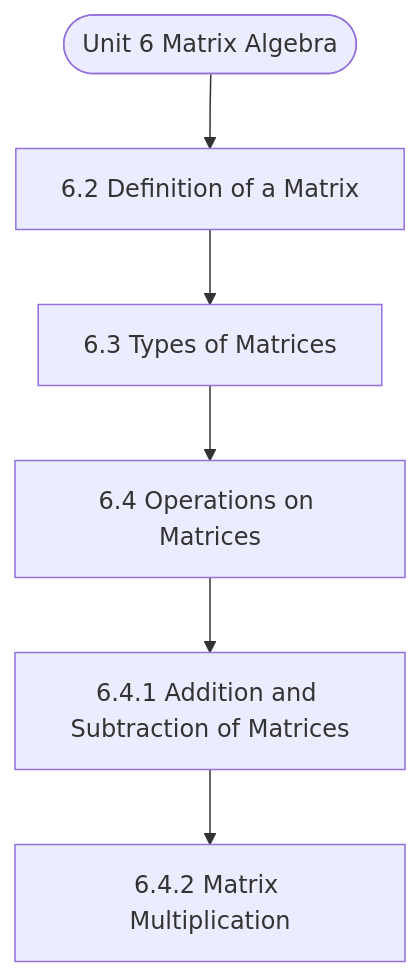
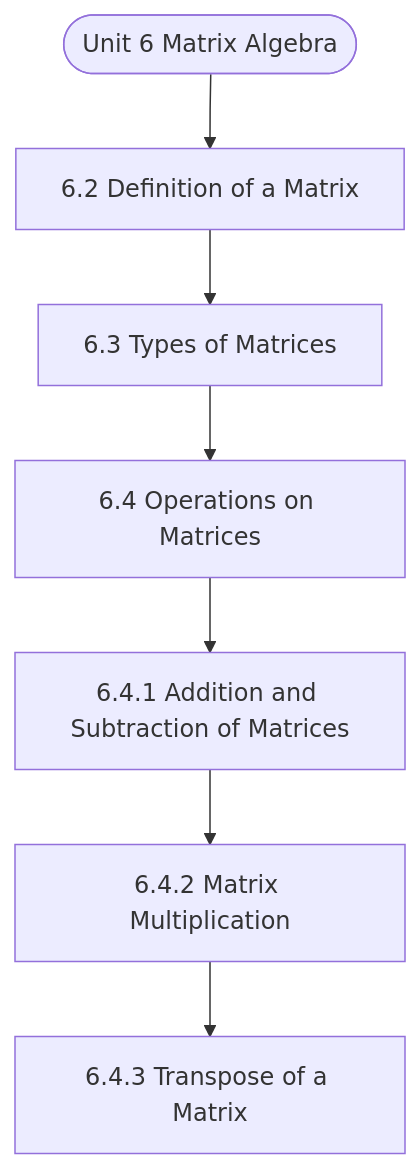
Before and after one commit to Asutosh-Coaching/mscdsa: the diagram in notes/Semester_1/MCS-061_Mathematical_Foundations_-_I/unit_06_Matrix_Algebra.md, drawn with Mermaid. The commit also changed other lines of this file and 116 other files, not shown here.

````diff
--- a/notes/Semester_1/MCS-061_Mathematical_Foundations_-_I/unit_06_Matrix_Algebra.md
+++ b/notes/Semester_1/MCS-061_Mathematical_Foundations_-_I/unit_06_Matrix_Algebra.md
@@ -19,14 +19,16 @@
 ```mermaid
 flowchart TD
   Start(["Unit 6 Matrix Algebra"])
   N1["6.2 Definition of a Matrix"]
   N2["6.3 Types of Matrices"]
   N3["6.4 Operations on Matrices"]
   N4["6.4.1 Addition and Subtraction of Matrices"]
   N5["6.4.2 Matrix Multiplication"]
+  N6["6.4.3 Transpose of a Matrix"]
   Start --> N1
   N1 --> N2
   N2 --> N3
   N3 --> N4
   N4 --> N5
+  N5 --> N6
 ```
````
